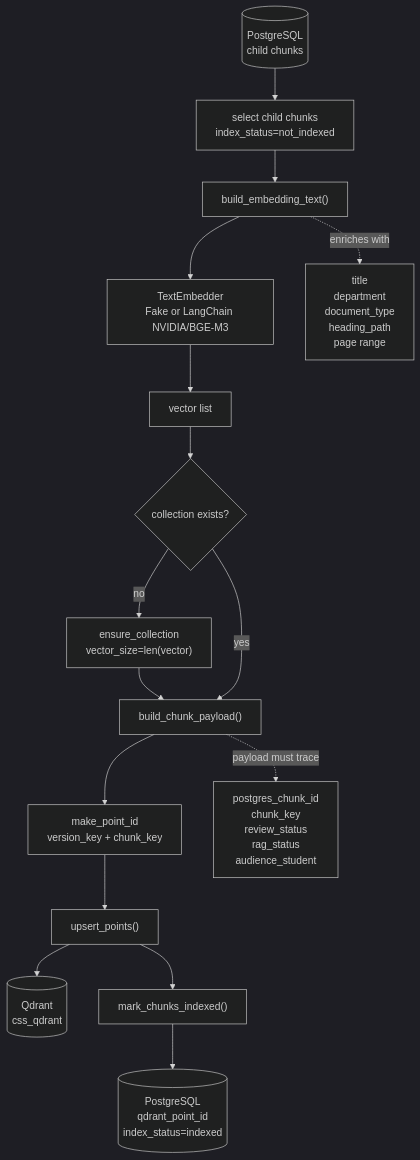
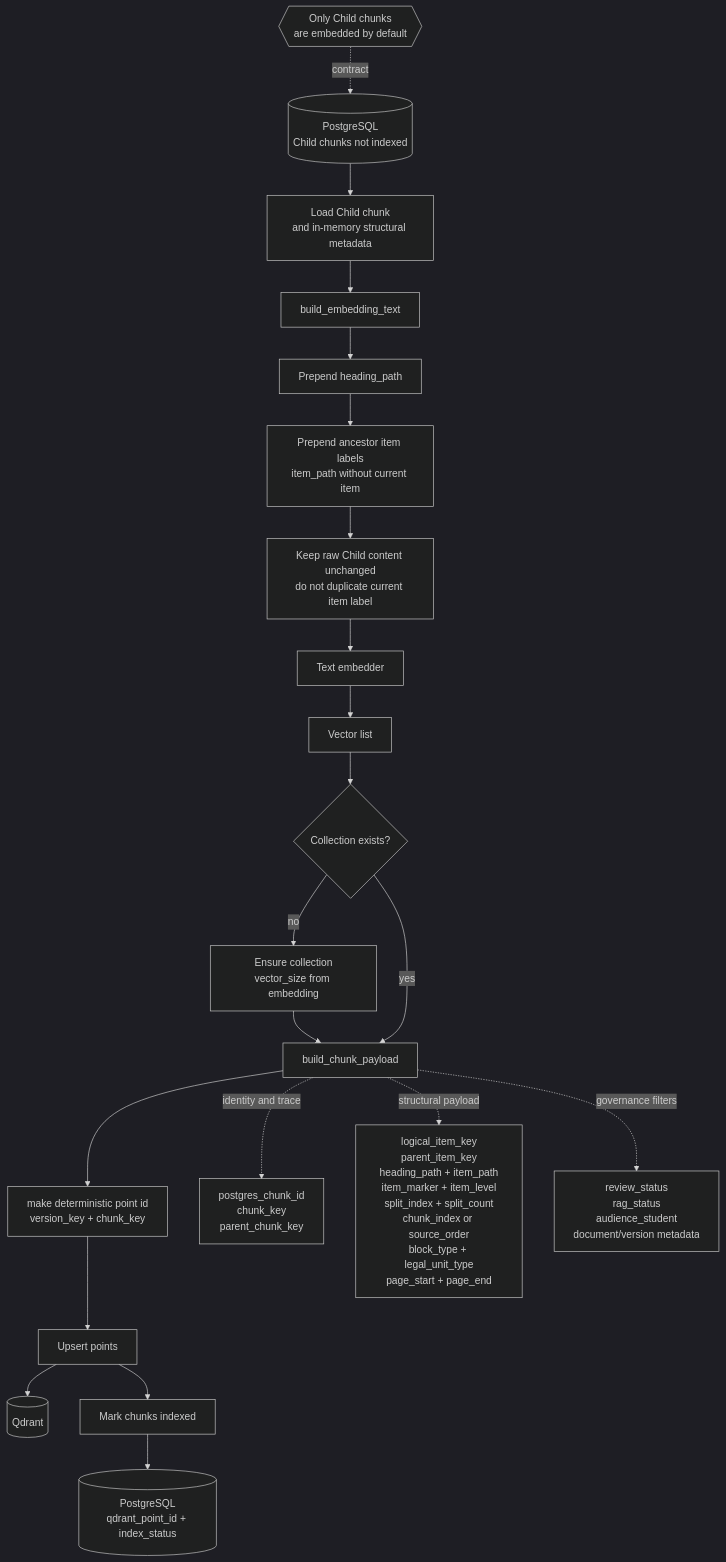
The diagram in .docs/diagrams/flowchart/14_15_embedding_qdrant_indexing_flow.mmd (Ngocanhjr/CSS-CTU-Student-Service), drawn with Mermaid (dark theme) before and after one commit. The commit also changed 36 other files, not shown here.

Commit message:
edit guild and add flowchart

```diff
--- a/.docs/diagrams/flowchart/14_15_embedding_qdrant_indexing_flow.mmd
+++ b/.docs/diagrams/flowchart/14_15_embedding_qdrant_indexing_flow.mmd
@@ -1,27 +1,33 @@
 %% Sources:
-%% - chatbot/.docs/guild_implement/14_PART_G_EMBEDDING_GUIDE.md
-%% - chatbot/.docs/guild_implement/15_PART_H_QDRANT_VECTORSTORE_GUIDE.md
+%% - 14_PART_G_EMBEDDING_GUIDE.md
+%% - 15_PART_H_QDRANT_VECTORSTORE_GUIDE.md
 
 flowchart TD
-    A[(PostgreSQL<br/>child chunks)]
-    B[select child chunks<br/>index_status=not_indexed]
-    C["build_embedding_text()"]
-    D["TextEmbedder<br/>Fake or LangChain NVIDIA/BGE-M3"]
-    E[vector list]
-    F{collection exists?}
-    G["ensure_collection<br/>vector_size=len(vector)"]
-    H["build_chunk_payload()"]
-    I["make_point_id<br/>version_key + chunk_key"]
-    J["upsert_points()"]
-    K[(Qdrant<br/>css_qdrant)]
-    L["mark_chunks_indexed()"]
-    M[(PostgreSQL<br/>qdrant_point_id<br/>index_status=indexed)]
+    A[(PostgreSQL<br/>Child chunks not indexed)]
+    B[Load Child chunk<br/>and in-memory structural metadata]
+    C[build_embedding_text]
+    D[Prepend heading_path]
+    E[Prepend ancestor item labels<br/>item_path without current item]
+    F[Keep raw Child content unchanged<br/>do not duplicate current item label]
+    G[Text embedder]
+    H[Vector list]
+    I{Collection exists?}
+    J[Ensure collection<br/>vector_size from embedding]
+    K[build_chunk_payload]
+    L[make deterministic point id<br/>version_key + chunk_key]
+    M[Upsert points]
+    N[(Qdrant)]
+    O[Mark chunks indexed]
+    P[(PostgreSQL<br/>qdrant_point_id + index_status)]
 
-    A --> B --> C --> D --> E --> F
-    F -->|no| G --> H
-    F -->|yes| H
-    H --> I --> J --> K
-    J --> L --> M
+    A --> B --> C --> D --> E --> F --> G --> H --> I
+    I -->|no| J --> K
+    I -->|yes| K
+    K --> L --> M --> N
+    M --> O --> P
 
-    C -. enriches with .-> N["title<br/>department<br/>document_type<br/>heading_path<br/>page range"]
-    H -. payload must trace .-> O["postgres_chunk_id<br/>chunk_key<br/>review_status<br/>rag_status<br/>audience_student"]
+    K -. identity and trace .-> Q[postgres_chunk_id<br/>chunk_key<br/>parent_chunk_key]
+    K -. structural payload .-> R[logical_item_key<br/>parent_item_key<br/>heading_path + item_path<br/>item_marker + item_level<br/>split_index + split_count<br/>chunk_index or source_order<br/>block_type + legal_unit_type<br/>page_start + page_end]
+    K -. governance filters .-> S[review_status<br/>rag_status<br/>audience_student<br/>document/version metadata]
+
+    T{{Only Child chunks<br/>are embedded by default}} -. contract .-> A
```
